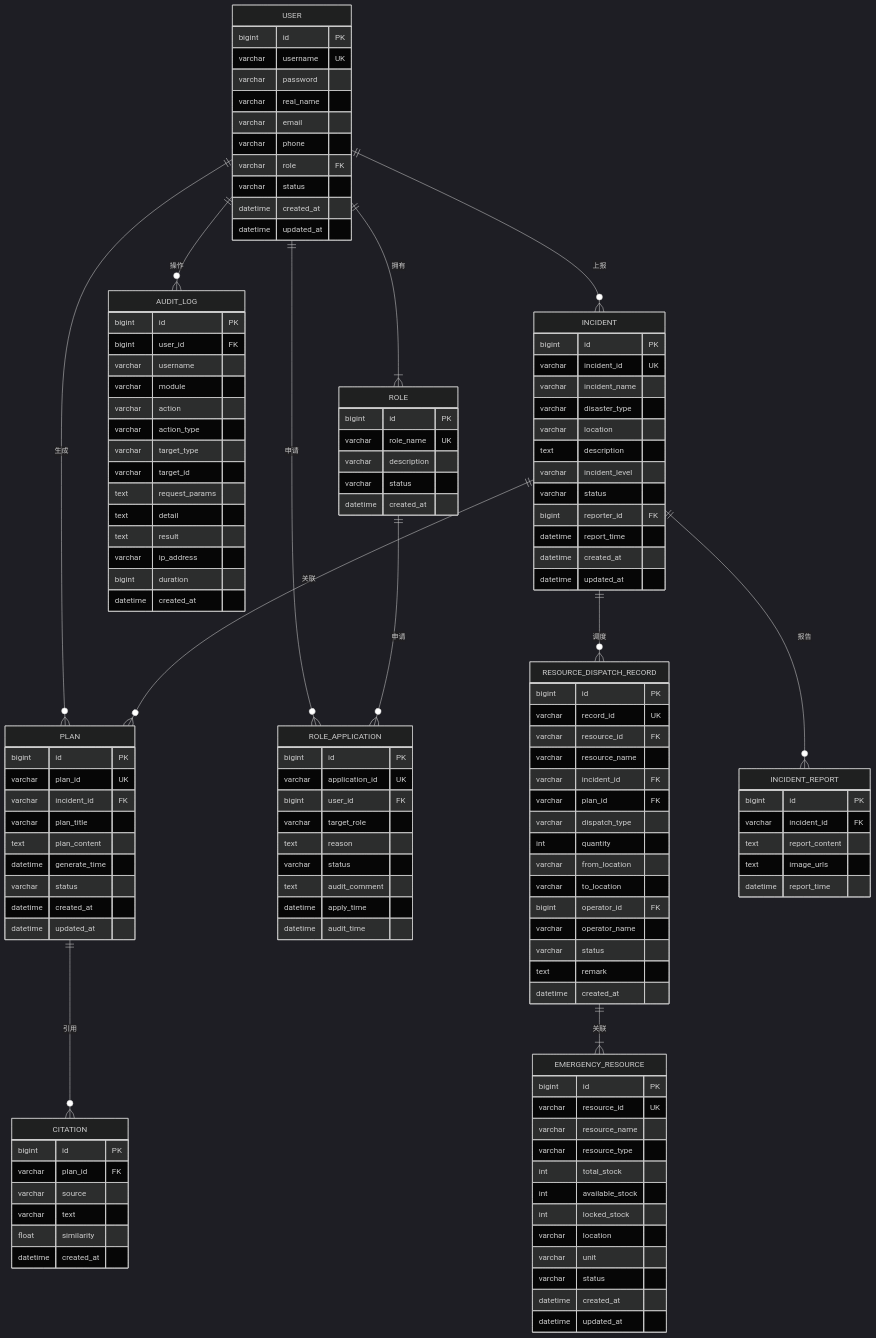
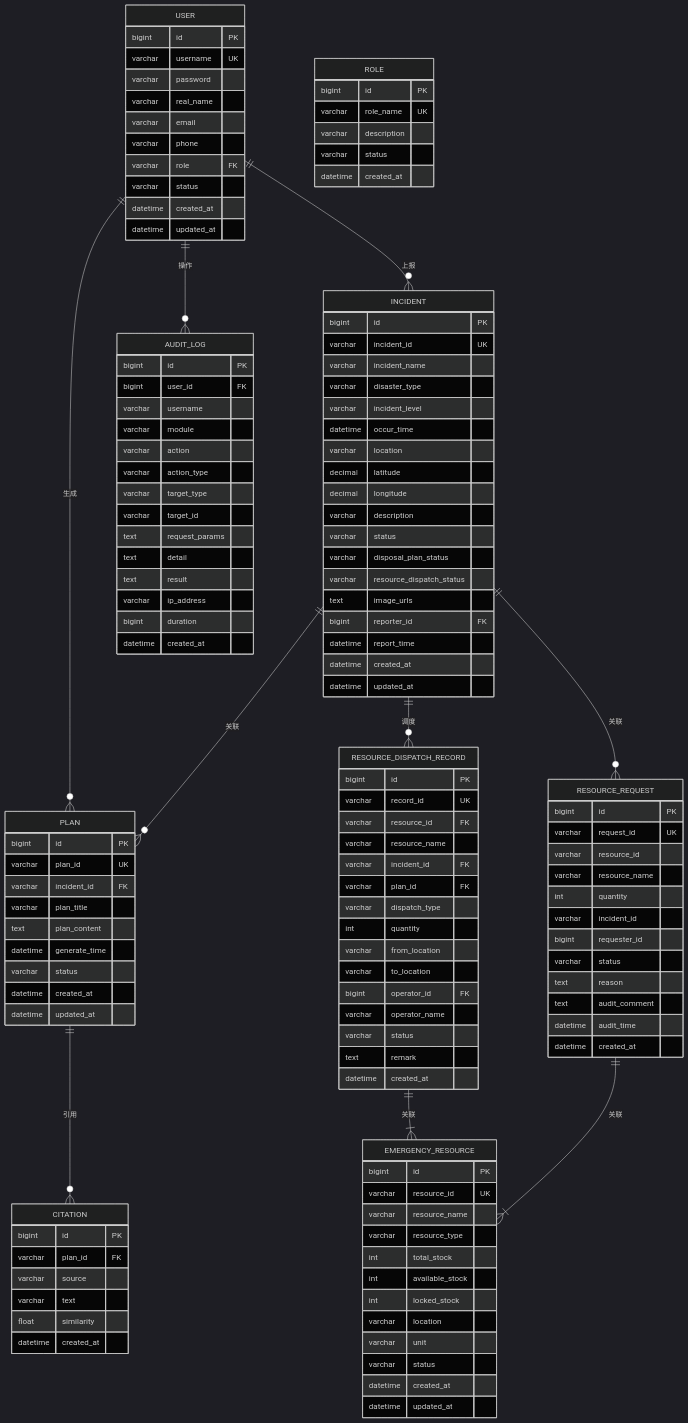
Before and after one commit to LiangZixin0714/Yunnan-Emergency-Response: the second of 8 diagrams in 结训文档/系统设计说明书.md, drawn with Mermaid (dark theme). The commit also changed other lines of this file and 46 other files, not shown here.

```diff
--- a/结训文档/系统设计说明书.md
+++ b/结训文档/系统设计说明书.md
@@ -79,18 +87,16 @@
     USER ||--o{ INCIDENT : "上报"
     USER ||--o{ PLAN : "生成"
     USER ||--o{ AUDIT_LOG : "操作"
-    USER ||--o{ ROLE_APPLICATION : "申请"
-    USER ||--|{ ROLE : "拥有"
     
     INCIDENT ||--o{ PLAN : "关联"
     INCIDENT ||--o{ RESOURCE_DISPATCH_RECORD : "调度"
-    INCIDENT ||--o{ INCIDENT_REPORT : "报告"
+    INCIDENT ||--o{ RESOURCE_REQUEST : "关联"
     
     PLAN ||--o{ CITATION : "引用"
     
     RESOURCE_DISPATCH_RECORD ||--|{ EMERGENCY_RESOURCE : "关联"
     
-    ROLE ||--o{ ROLE_APPLICATION : "申请"
+    RESOURCE_REQUEST ||--|{ EMERGENCY_RESOURCE : "关联"
     
     USER {
         bigint id PK
@@ -118,10 +124,16 @@
         varchar incident_id UK
         varchar incident_name
         varchar disaster_type
+        varchar incident_level
+        datetime occur_time
         varchar location
-        text description
-        varchar incident_level
+        decimal latitude
+        decimal longitude
+        varchar description
         varchar status
+        varchar disposal_plan_status
+        varchar resource_dispatch_status
+        text image_urls
         bigint reporter_id FK
         datetime report_time
         datetime created_at
@@ -173,12 +185,19 @@
         datetime created_at
     }
     
-    INCIDENT_REPORT {
+    RESOURCE_REQUEST {
         bigint id PK
-        varchar incident_id FK
-        text report_content
-        text image_urls
-        datetime report_time
+        varchar request_id UK
+        varchar resource_id
+        varchar resource_name
+        int quantity
+        varchar incident_id
+        bigint requester_id
+        varchar status
+        text reason
+        text audit_comment
+        datetime audit_time
+        datetime created_at
     }
     
     CITATION {
@@ -188,18 +207,6 @@
         varchar text
         float similarity
         datetime created_at
-    }
-    
-    ROLE_APPLICATION {
-        bigint id PK
-        varchar application_id UK
-        bigint user_id FK
-        varchar target_role
-        text reason
-        varchar status
-        text audit_comment
-        datetime apply_time
-        datetime audit_time
     }
     
     AUDIT_LOG {
```
